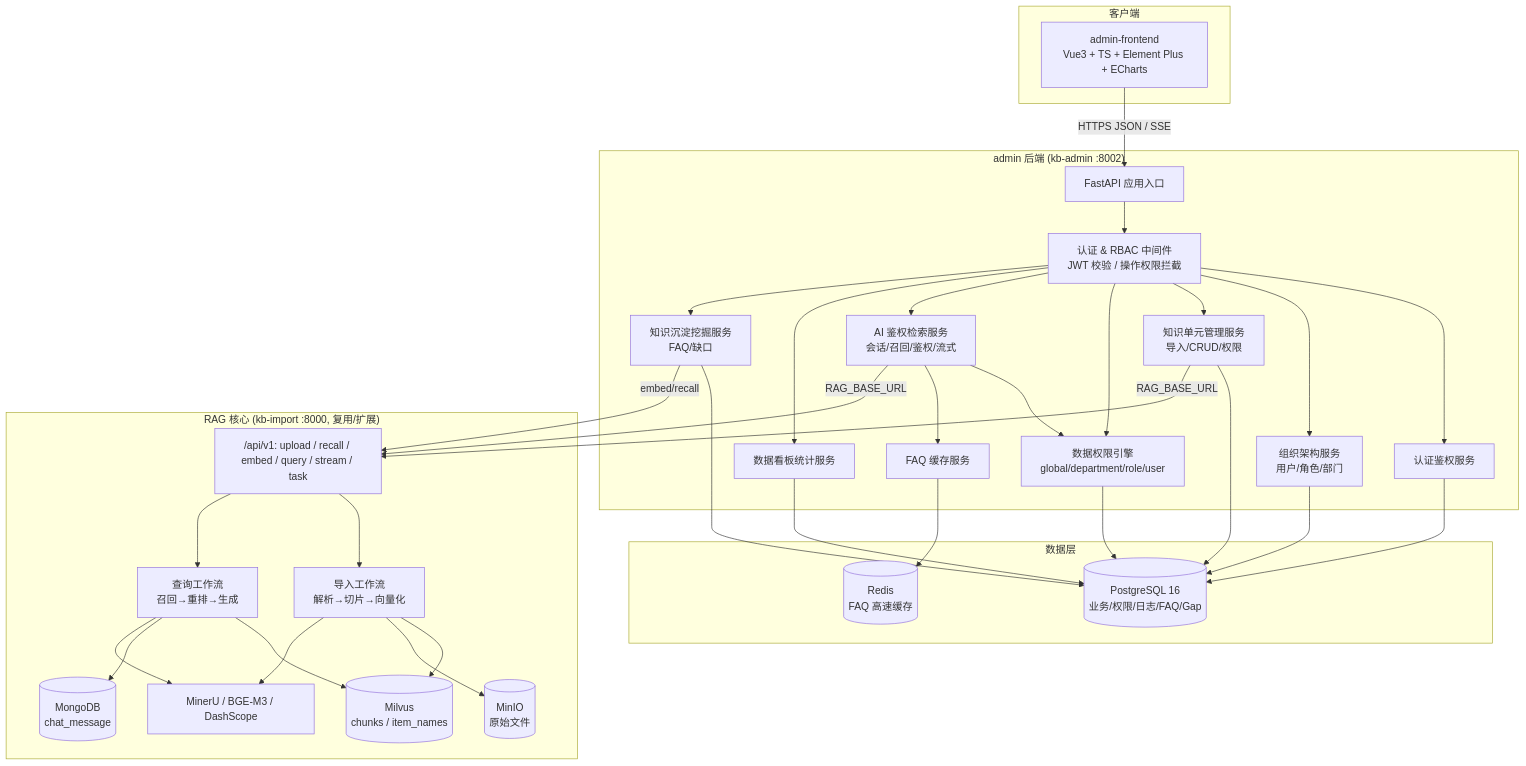
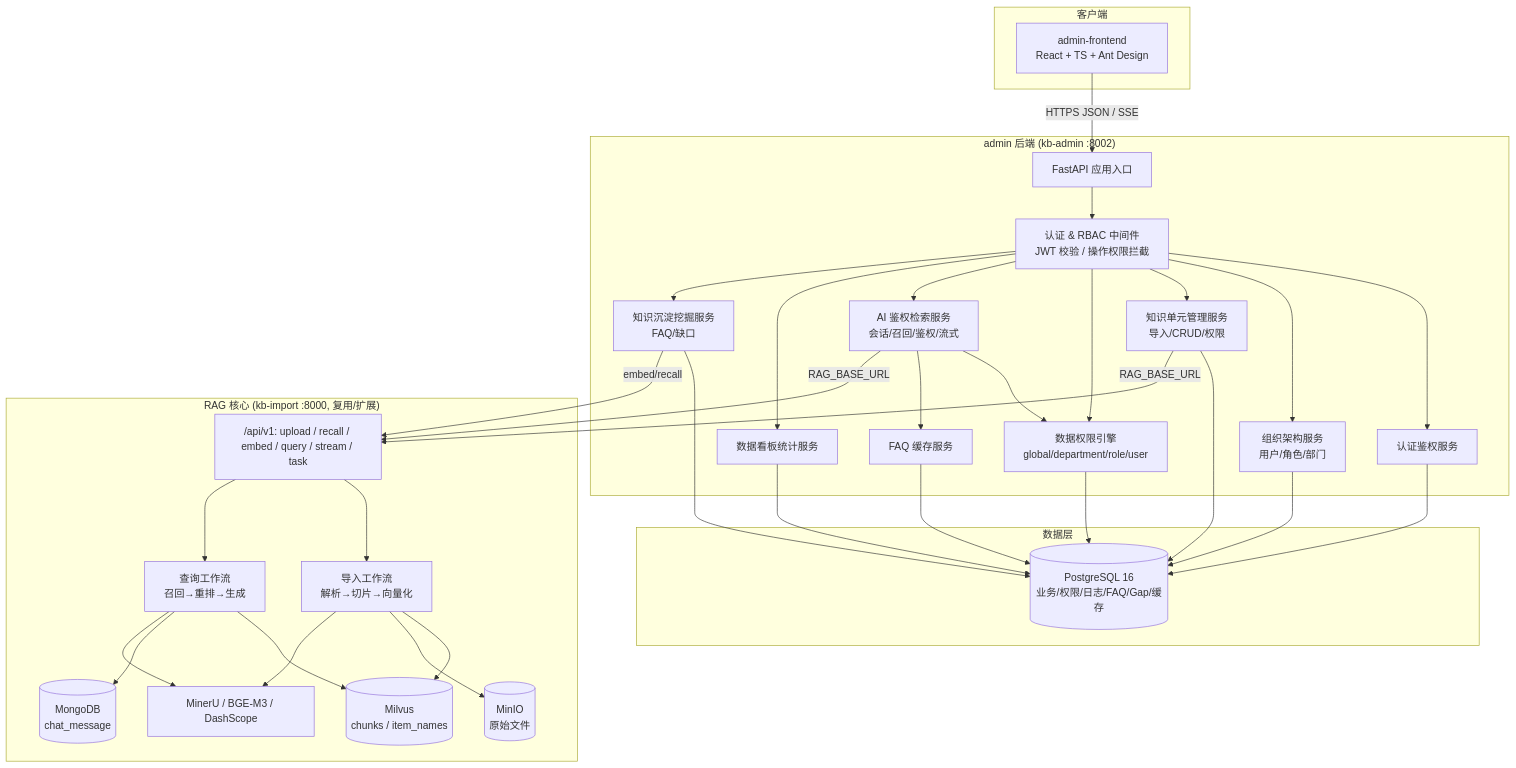
Before and after one commit to stanxwy/kbms: the first of 6 diagrams in docs/知识库管理平台SPEC.md, drawn with Mermaid. The commit also changed other lines of this file and 1 other file, not shown here.

Commit message:
redis removed use React instead of Vue

````diff
--- a/docs/知识库管理平台SPEC.md
+++ b/docs/知识库管理平台SPEC.md
@@ -47,53 +57,52 @@
 ```mermaid
 flowchart TB
     subgraph Client["客户端"]
-        Web["admin-frontend<br/>Vue3 + TS + Element Plus + ECharts"]
+        Web["admin-frontend<br/>React + TS + Ant Design"]
     end
 
     subgraph Admin["admin 后端 (kb-admin :8002)"]
         API["FastAPI 应用入口"]
         MW["认证 & RBAC 中间件<br/>JWT 校验 / 操作权限拦截"]
         Auth["认证鉴权服务"]
         Org["组织架构服务<br/>用户/角色/部门"]
         KU["知识单元管理服务<br/>导入/CRUD/权限"]
         DPE["数据权限引擎<br/>global/department/role/user"]
         AI["AI 鉴权检索服务<br/>会话/召回/鉴权/流式"]
         Dash["数据看板统计服务"]
         Settle["知识沉淀挖掘服务<br/>FAQ/缺口"]
         FAQCache["FAQ 缓存服务"]
     end
 
     subgraph Data["数据层"]
-        PG[("PostgreSQL 16<br/>业务/权限/日志/FAQ/Gap")]
-        Redis[("Redis<br/>FAQ 高速缓存")]
+        PG[("PostgreSQL 16<br/>业务/权限/日志/FAQ/Gap/缓存")]
     end
 
     subgraph RAG["RAG 核心 (kb-import :8000, 复用/扩展)"]
         Router["/api/v1: upload / recall / embed / query / stream / task"]
         Ing["导入工作流<br/>解析→切片→向量化"]
         Qry["查询工作流<br/>召回→重排→生成"]
         MV[("Milvus<br/>chunks / item_names")]
         Mongo[("MongoDB<br/>chat_message")]
         Minio[("MinIO<br/>原始文件")]
         LLM["MinerU / BGE-M3 / DashScope"]
     end
 
     Web -->|"HTTPS JSON / SSE"| API
     API --> MW
     MW --> Auth & Org & KU & DPE & AI & Dash & Settle
     Auth --> PG
     Org --> PG
     KU --> PG
     DPE --> PG
     Dash --> PG
     Settle --> PG
     AI --> DPE
     AI --> FAQCache
-    FAQCache --> Redis
+    FAQCache --> PG
     AI -->|"RAG_BASE_URL"| Router
     KU -->|"RAG_BASE_URL"| Router
     Settle -->|"embed/recall"| Router
     Router --> Ing & Qry
     Ing --> MV & Minio & LLM
     Qry --> MV & Mongo & LLM
 ```
````
